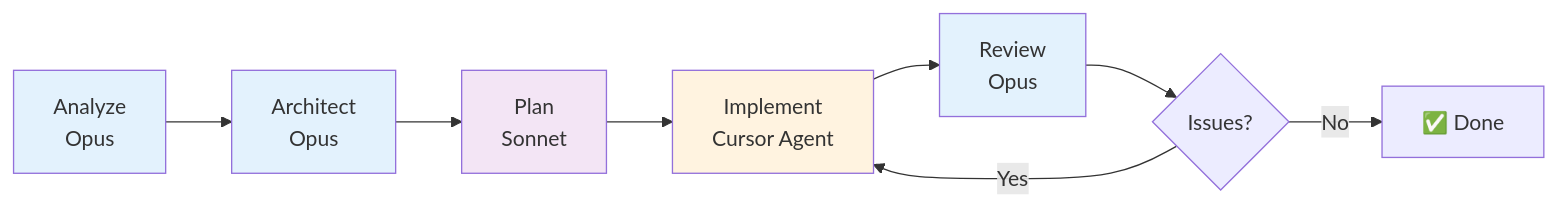
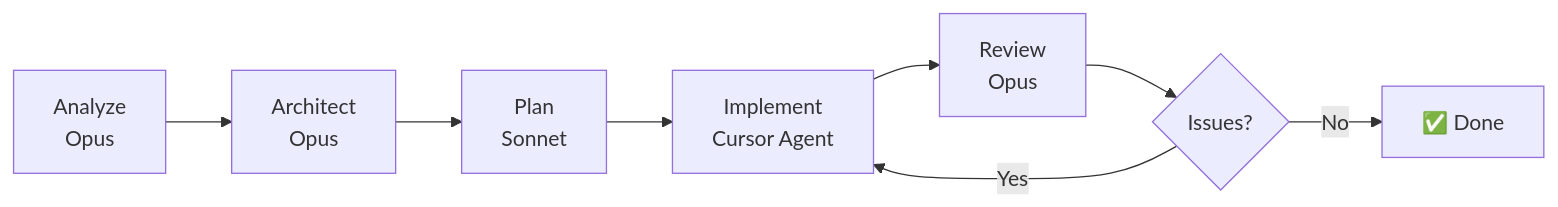
The diagram in core/workflow/dual-ide.mdc (sovavibe/shared-ai-configs), drawn with Mermaid before and after one commit. The commit also changed other lines of this file and 15 other files, not shown here.

````diff
--- a/core/workflow/dual-ide.mdc
+++ b/core/workflow/dual-ide.mdc
@@ -11,16 +11,10 @@
 ```mermaid
 graph LR
     A[Analyze<br/>Opus] --> B[Architect<br/>Opus]
     B --> C[Plan<br/>Sonnet]
     C --> D[Implement<br/>Cursor Agent]
     D --> E[Review<br/>Opus]
     E --> F{Issues?}
     F -->|Yes| D
     F -->|No| G[✅ Done]
-
-    style A fill:#e3f2fd
-    style B fill:#e3f2fd
-    style C fill:#f3e5f5
-    style D fill:#fff3e0
-    style E fill:#e3f2fd
 ```
````
